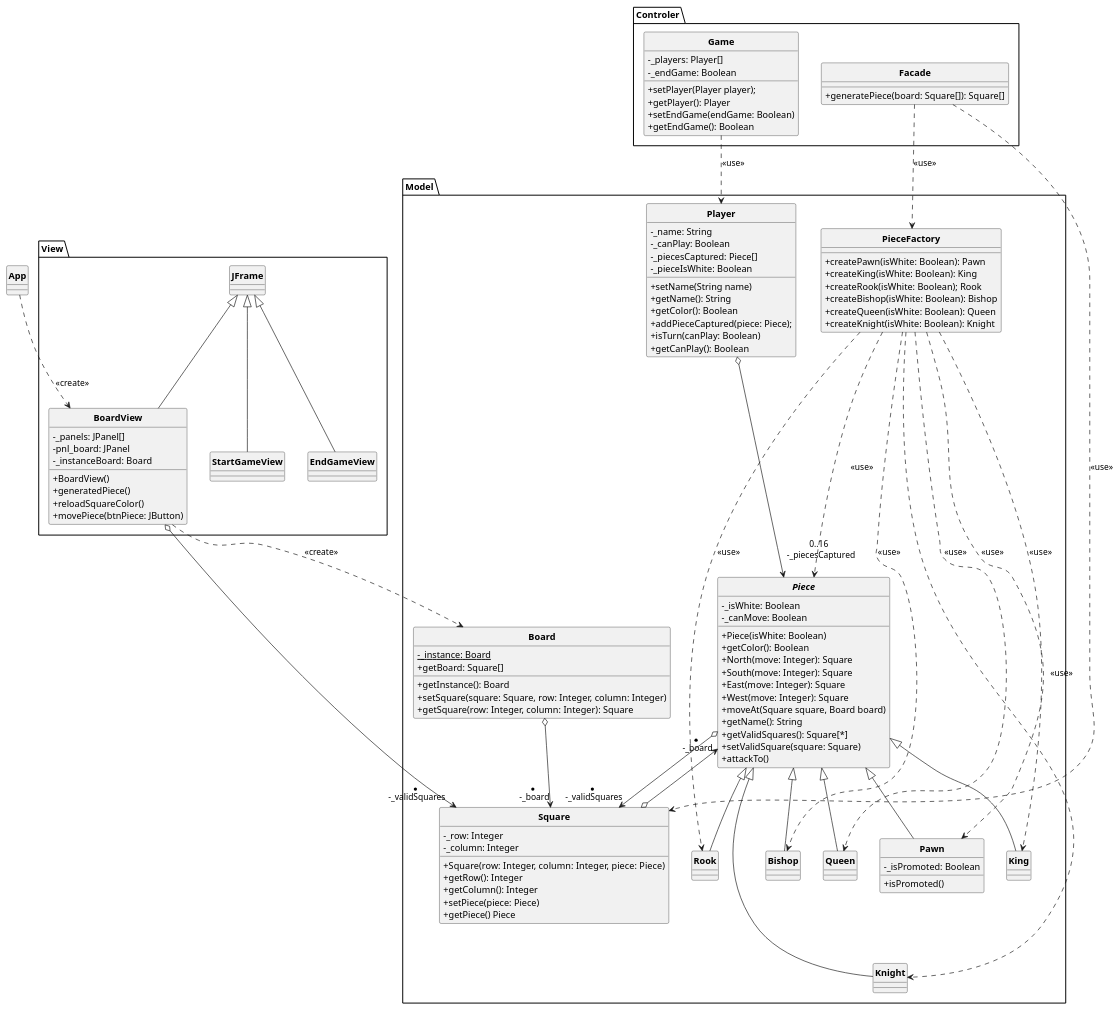
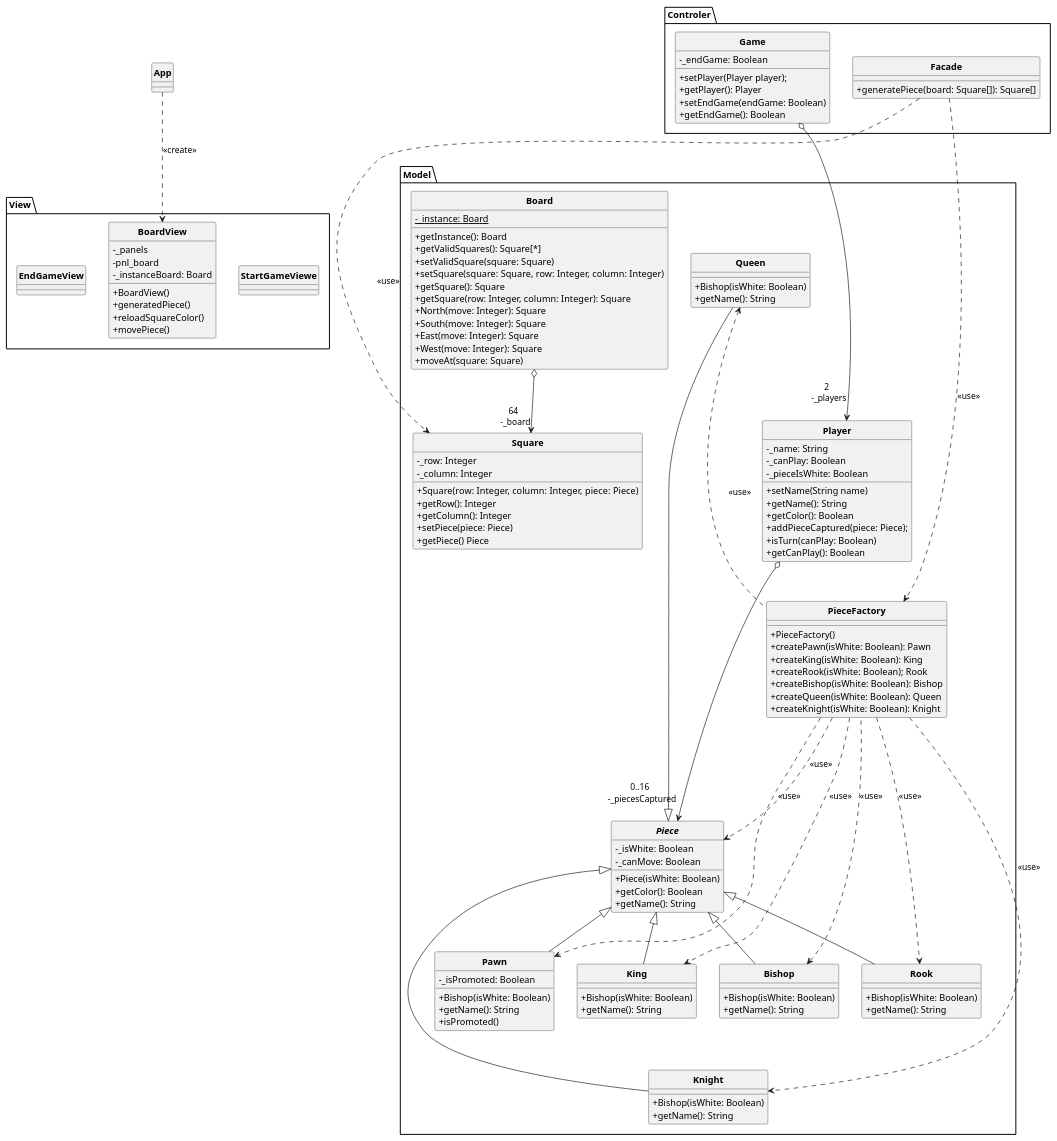
One commit to MaxDevelo/Chess-Game changed the diagram in UML/Chessgame.puml. Above: the diagram before and after it, drawn with PlantUML. The commit also changed 4 other files, not shown here.

Commit message:
Modification et correction de UML et debut de l'impémentation du mouvement des pièces

```diff
--- a/UML/Chessgame.puml
+++ b/UML/Chessgame.puml
@@ -1,150 +1,155 @@
 @startuml
 
 skinparam style strictuml
 skinparam classAttributeIconSize 0
 skinparam classFontStyle Bold
 hide enum methods
 
 
 class App{
 
 }
 
 package Model{
     class Player{
     - _name: String
     - _canPlay: Boolean
-    - _piecesCaptured: Piece[]
     - _pieceIsWhite: Boolean
     + setName(String name)
     + getName(): String
     + getColor(): Boolean
     + addPieceCaptured(piece: Piece);
     + isTurn(canPlay: Boolean)
     + getCanPlay(): Boolean
     }
 
     class Board{
     - _instance: Board {static}
     + getInstance(): Board
+    + getValidSquares(): Square[*]
+    + setValidSquare(square: Square)
     + setSquare(square: Square, row: Integer, column: Integer)
+    + getSquare(): Square
     + getSquare(row: Integer, column: Integer): Square
-    + getBoard: Square[]
+    + North(move: Integer): Square
+    + South(move: Integer): Square
+    + East(move: Integer): Square
+    + West(move: Integer): Square
+    + moveAt(square: Square)
     }
 
     class Square{
     - _row: Integer
     - _column: Integer
     + Square(row: Integer, column: Integer, piece: Piece)
     + getRow(): Integer
     + getColumn(): Integer
     + setPiece(piece: Piece)
     + getPiece() Piece
     }
 
     class PieceFactory{
+    + PieceFactory()
     + createPawn(isWhite: Boolean): Pawn
     + createKing(isWhite: Boolean): King
     + createRook(isWhite: Boolean); Rook
     + createBishop(isWhite: Boolean): Bishop
     + createQueen(isWhite: Boolean): Queen
     + createKnight(isWhite: Boolean): Knight
     }
 
     abstract Piece{
     - _isWhite: Boolean
     - _canMove: Boolean
     + Piece(isWhite: Boolean)
     + getColor(): Boolean
-    + North(move: Integer): Square
-    + South(move: Integer): Square
-    + East(move: Integer): Square
-    + West(move: Integer): Square
-    + moveAt(Square square, Board board)
     + getName(): String
-    + getValidSquares(): Square[*]
-    + setValidSquare(square: Square)
-    + attackTo()
     }
 
     class Pawn{
+    + Bishop(isWhite: Boolean)
+    + getName(): String
     - _isPromoted: Boolean
     + isPromoted()
     }
 
     class King{
+    + Bishop(isWhite: Boolean)
+    + getName(): String
     }
 
     class Rook{
+    + Bishop(isWhite: Boolean)
+    + getName(): String
     }
 
     class Bishop{
+    + Bishop(isWhite: Boolean)
+    + getName(): String
     }
 
     class Queen{
+    + Bishop(isWhite: Boolean)
+    + getName(): String
     }
 
     class Knight{
+    + Bishop(isWhite: Boolean)
+    + getName(): String
     }
 
 }
 
 package View{
-class StartGameView extends JFrame{
+class StartGameViewe{
 
 }
-class  BoardView extends JFrame{
-    - _panels: JPanel[]
-    - pnl_board: JPanel
+class  BoardView{
+    - _panels
+    - pnl_board
     - _instanceBoard: Board
     + BoardView()
     + generatedPiece()
     + reloadSquareColor()
-    + movePiece(btnPiece: JButton)
+    + movePiece()
 }
-class EndGameView extends JFrame{
+class EndGameView{
 
 }
 }
 
 package Controler{
     class Facade{
     + generatePiece(board: Square[]): Square[]
     }
 
     class Game{
-    - _players: Player[]
     - _endGame: Boolean
-
     + setPlayer(Player player);
     + getPlayer(): Player
     + setEndGame(endGame: Boolean)
     + getEndGame(): Boolean
     }
 
 }
 App ..> BoardView : <<create>>
-BoardView o--> "* \n -_validSquares" Square
 Facade ..> PieceFactory : <<use>>
 Facade ..> Square : <<use>>
-Square o--> "* \n -_board" Piece
-Board o--> "* \n -_board" Square
-Piece o--> "* \n -_validSquares" Square
-BoardView ..> Board : <<create>>
-PieceFactory ...> Piece : <<use>>
+Board o--> "64 \n -_board" Square
 Pawn -u-|> Piece
 King -u-|> Piece
 Rook -u-|> Piece
 Bishop -u-|> Piece
 Queen -u-|> Piece
 Knight -u--|> Piece
 PieceFactory ..> Pawn : <<use>>
 PieceFactory ..> King : <<use>>
 PieceFactory ..> Rook : <<use>>
-PieceFactory ..> Bishop : <<use>>
-PieceFactory ..> Queen : <<use>>
+PieceFactory -u..> Bishop : <<use>>
+PieceFactory -u..> Queen : <<use>>
 PieceFactory ..> Knight : <<use>>
-Game ..> Player : <<use>>
-Player o---> "0..16 \n -_piecesCaptured\n" Piece
+PieceFactory ...> Piece : <<use>>
+Game o---> "2 \n -_players\n" Player
+Player o----> "0..16 \n -_piecesCaptured\n" Piece
 
 @enduml
```
